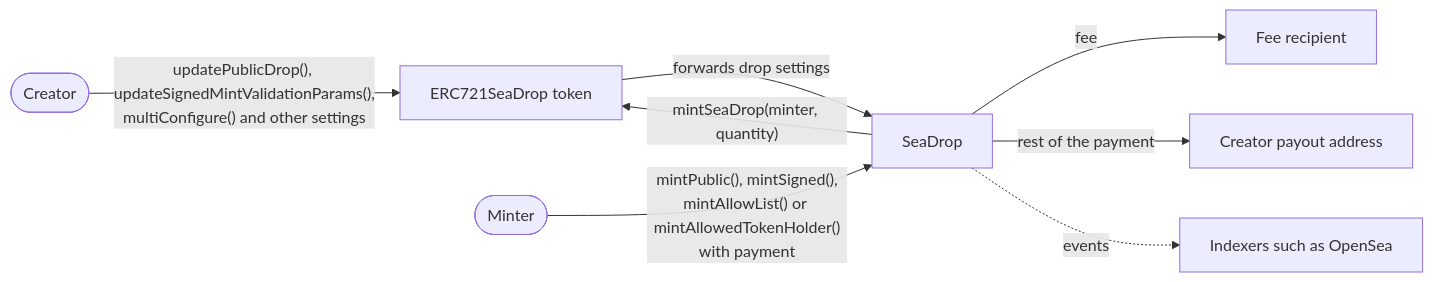
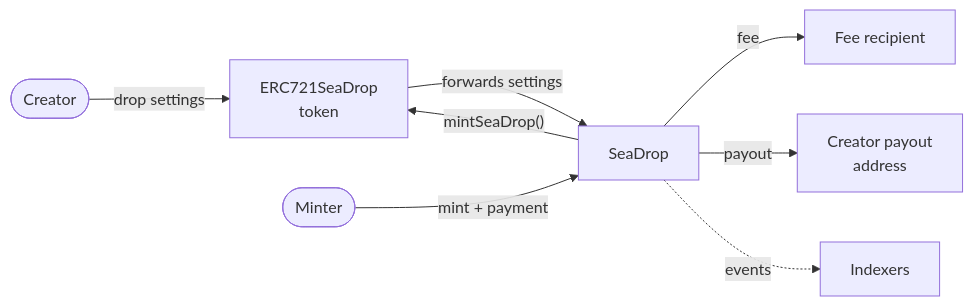
The diagram in README.md (ProjectOpenSea/seadrop), drawn with Mermaid before and after one commit. The commit also changed other lines of this file, not shown here.

Commit message:
Shorten the diagram labels

````diff
--- a/README.md
+++ b/README.md
@@ -42,10 +42,10 @@
 ```mermaid
 flowchart LR
-    creator([Creator]) -->|"updatePublicDrop(), updateSignedMintValidationParams(),<br/>multiConfigure() and other settings"| token["ERC721SeaDrop token"]
-    token -->|"forwards drop settings"| seadrop["SeaDrop"]
-    minter([Minter]) -->|"mintPublic(), mintSigned(),<br/>mintAllowList() or mintAllowedTokenHolder()<br/>with payment"| seadrop
-    seadrop -->|"mintSeaDrop(minter, quantity)"| token
+    creator([Creator]) -->|"drop settings"| token["ERC721SeaDrop<br/>token"]
+    token -->|"forwards settings"| seadrop["SeaDrop"]
+    minter([Minter]) -->|"mint + payment"| seadrop
+    seadrop -->|"mintSeaDrop()"| token
     seadrop -->|"fee"| fee["Fee recipient"]
-    seadrop -->|"rest of the payment"| payout["Creator payout address"]
-    seadrop -.->|"events"| indexer["Indexers such as OpenSea"]
+    seadrop -->|"payout"| payout["Creator payout<br/>address"]
+    seadrop -.->|"events"| indexer["Indexers"]
 ```
````
